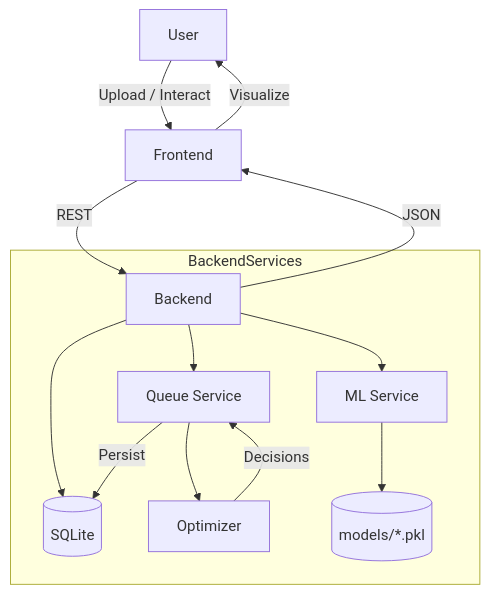
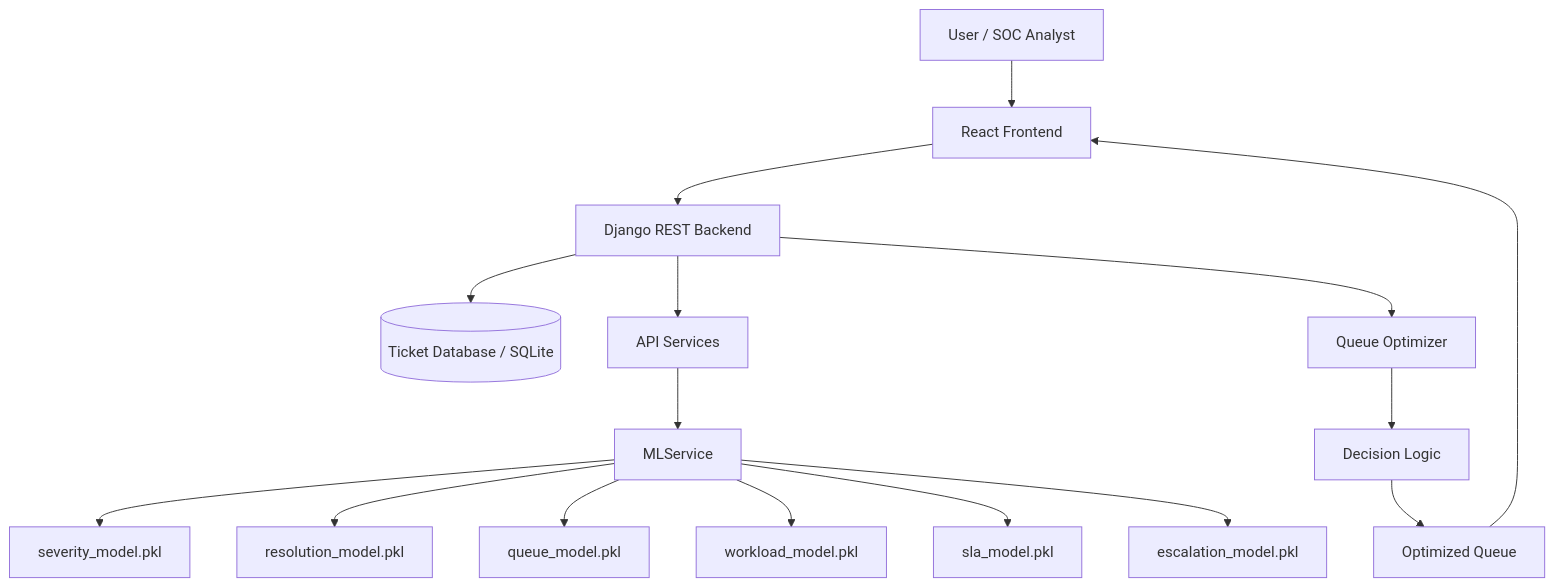
The diagram in README.md (Balarithik/SLAShieldAI), drawn with Mermaid before and after one commit. The commit also changed other lines of this file and 7 other files, not shown here.

````diff
--- a/README.md
+++ b/README.md
@@ -82,19 +448,18 @@
 ```mermaid
 flowchart TD
-  User[User] -->|Upload / Interact| Frontend[Frontend]
-  Frontend -->|REST| Backend[Backend]
-
-  subgraph BackendServices
-    Backend --> DB[(SQLite)]
-    Backend --> MLService[ML Service]
-    Backend --> QueueService[Queue Service]
-    QueueService --> Optimizer[Optimizer]
-    MLService --> Models[(models/*.pkl)]
-  end
-
-  Optimizer -->|Decisions| QueueService
-  QueueService -->|Persist| DB
-  Backend -->|JSON| Frontend
-
-  Frontend -->|Visualize| User
+    U[User / SOC Analyst] --> F[React Frontend]
+    F --> B[Django REST Backend]
+    B --> T[(Ticket Database / SQLite)]
+    B --> S[API Services]
+    S --> M[MLService]
+    M --> P1[severity_model.pkl]
+    M --> P2[resolution_model.pkl]
+    M --> P3[queue_model.pkl]
+    M --> P4[workload_model.pkl]
+    M --> P5[sla_model.pkl]
+    M --> P6[escalation_model.pkl]
+    B --> O[Queue Optimizer]
+    O --> D[Decision Logic]
+    D --> Q[Optimized Queue]
+    Q --> F
 ```
````
